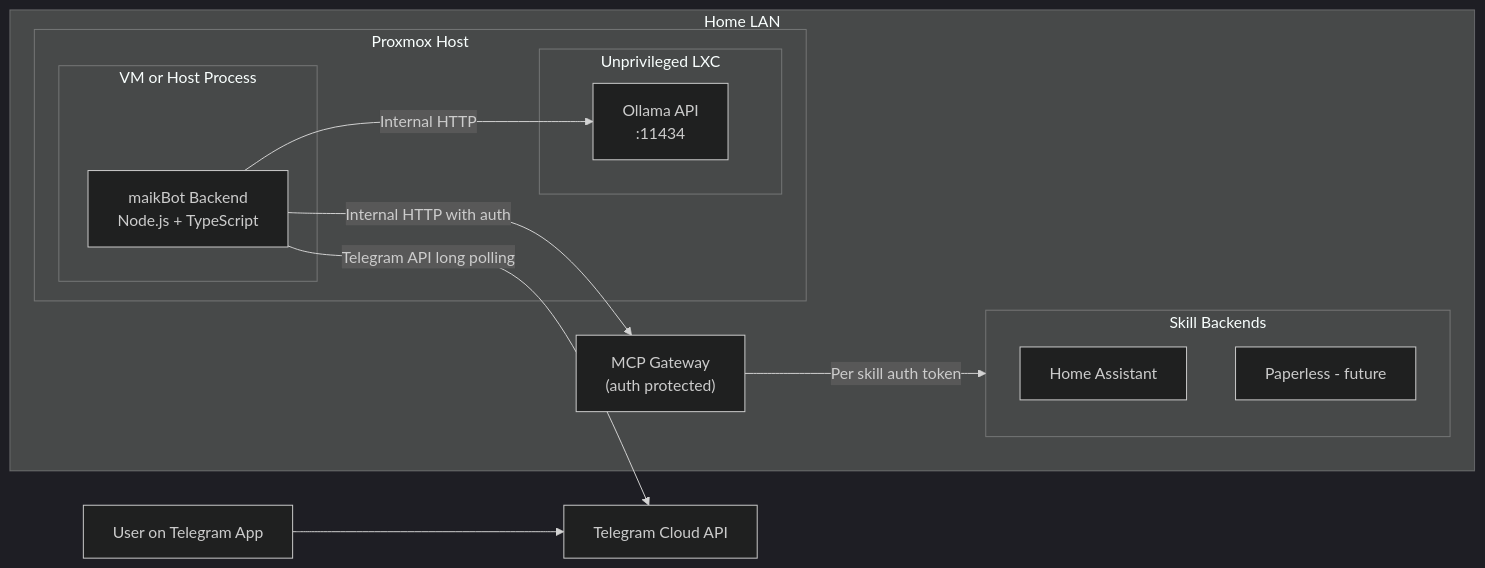
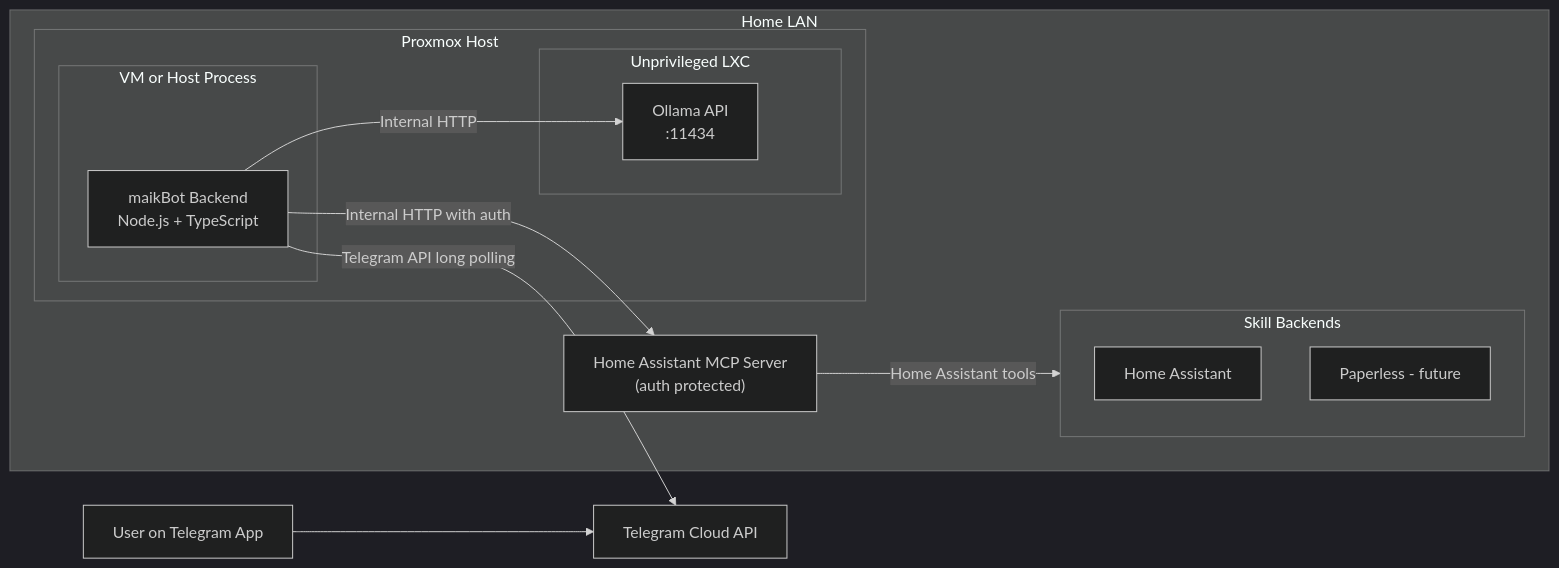
The first of 2 diagrams in README.md (MaikUnglert/maikBot), drawn with Mermaid (dark theme) before and after one commit. The commit also changed other lines of this file and 14 other files, not shown here.

Commit message:
Refactor to multi-MCP host architecture and improve agent tooling

````diff
--- a/README.md
+++ b/README.md
@@ -17,29 +17,29 @@
 ```mermaid
 flowchart LR
     User[User on Telegram App]
     TG[Telegram Cloud API]
 
     subgraph LAN[Home LAN]
       subgraph Proxmox[Proxmox Host]
         subgraph VM[VM or Host Process]
           MB["maikBot Backend<br/>Node.js + TypeScript"]
         end
         subgraph LXC[Unprivileged LXC]
           OL["Ollama API<br/>:11434"]
         end
       end
 
-      MCP["MCP Gateway<br/>(auth protected)"]
+      MCP["Home Assistant MCP Server<br/>(auth protected)"]
       subgraph Skills[Skill Backends]
         HA[Home Assistant]
         PL["Paperless - future"]
       end
     end
 
     User --> TG
     MB -->|Telegram API long polling| TG
     MB -->|Internal HTTP| OL
     MB -->|Internal HTTP with auth| MCP
-    MCP -->|Per skill auth token| Skills
+    MCP -->|Home Assistant tools| Skills
 
 ```
````
